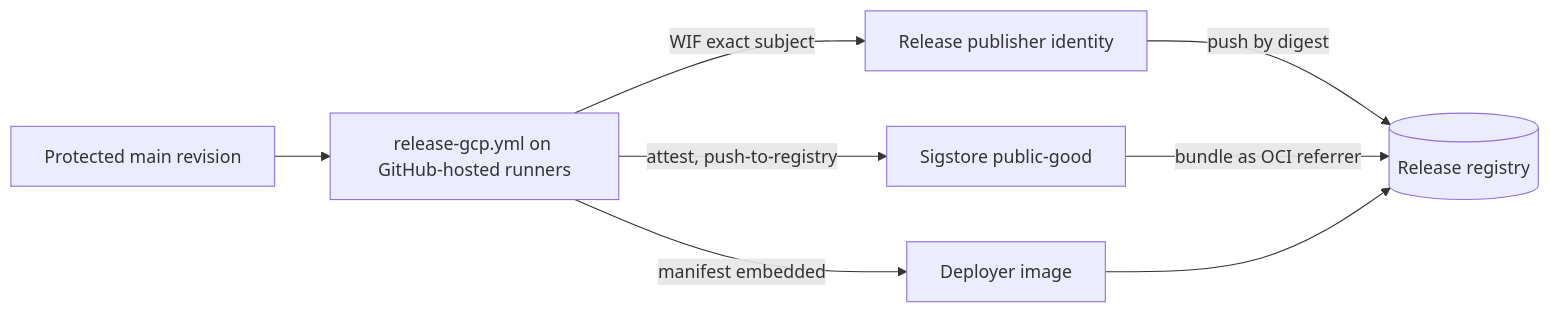
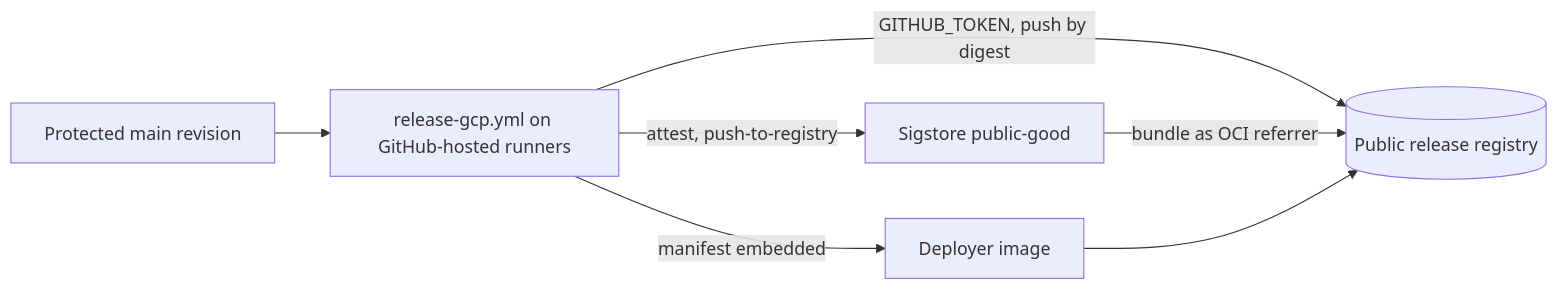
One commit to Brad-Edwards/bigrae changed the first of 6 diagrams in docs/architecture/github-less-gcp-deployment-design-2571.md. Above: the diagram before and after it, drawn with Mermaid. The commit also changed other lines of this file and 46 other files, not shown here.

First line of the commit message:
feat(gcp): publish GCP releases to a public registry (#2659)

````diff
--- a/docs/architecture/github-less-gcp-deployment-design-2571.md
+++ b/docs/architecture/github-less-gcp-deployment-design-2571.md
@@ -356,10 +366,9 @@
 ```mermaid
 flowchart LR
   src[Protected main revision] --> wf[release-gcp.yml on GitHub-hosted runners]
-  wf -->|WIF exact subject| pub[Release publisher identity]
-  pub -->|push by digest| reg[(Release registry)]
+  wf -->|GITHUB_TOKEN, push by digest| reg[(Public release registry)]
   wf -->|attest, push-to-registry| sig[Sigstore public-good]
   sig -->|bundle as OCI referrer| reg
   wf -->|manifest embedded| dep[Deployer image]
   dep --> reg
 ```
````
